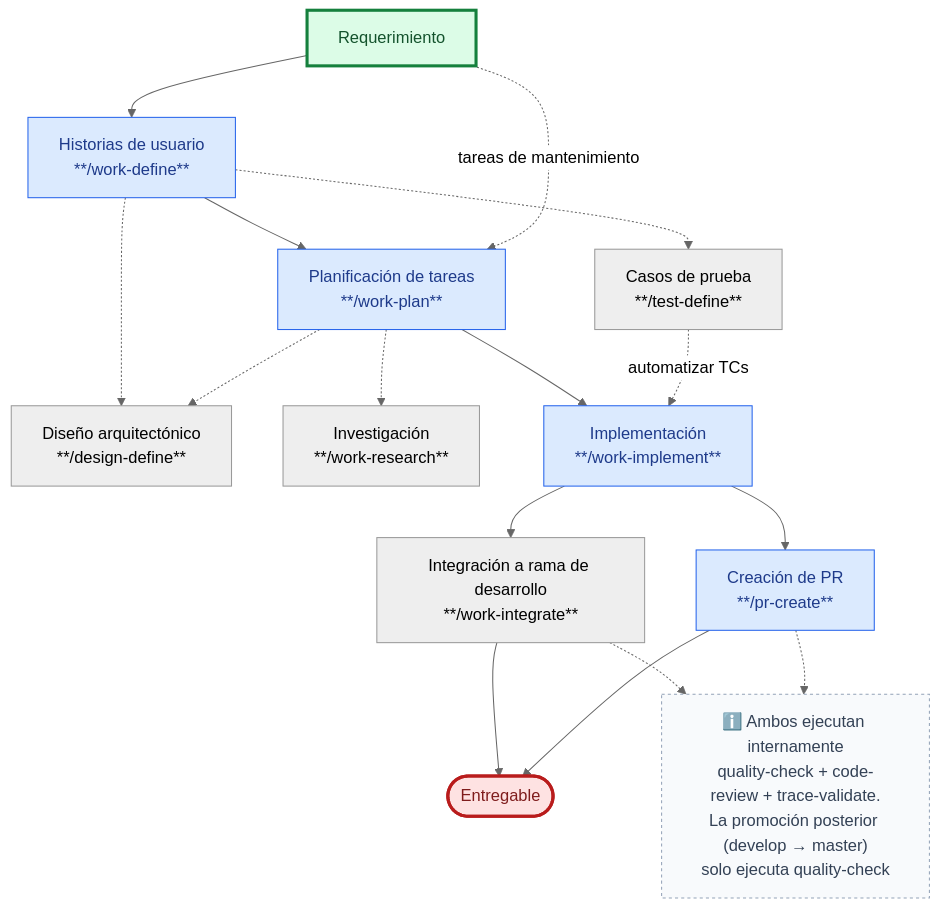
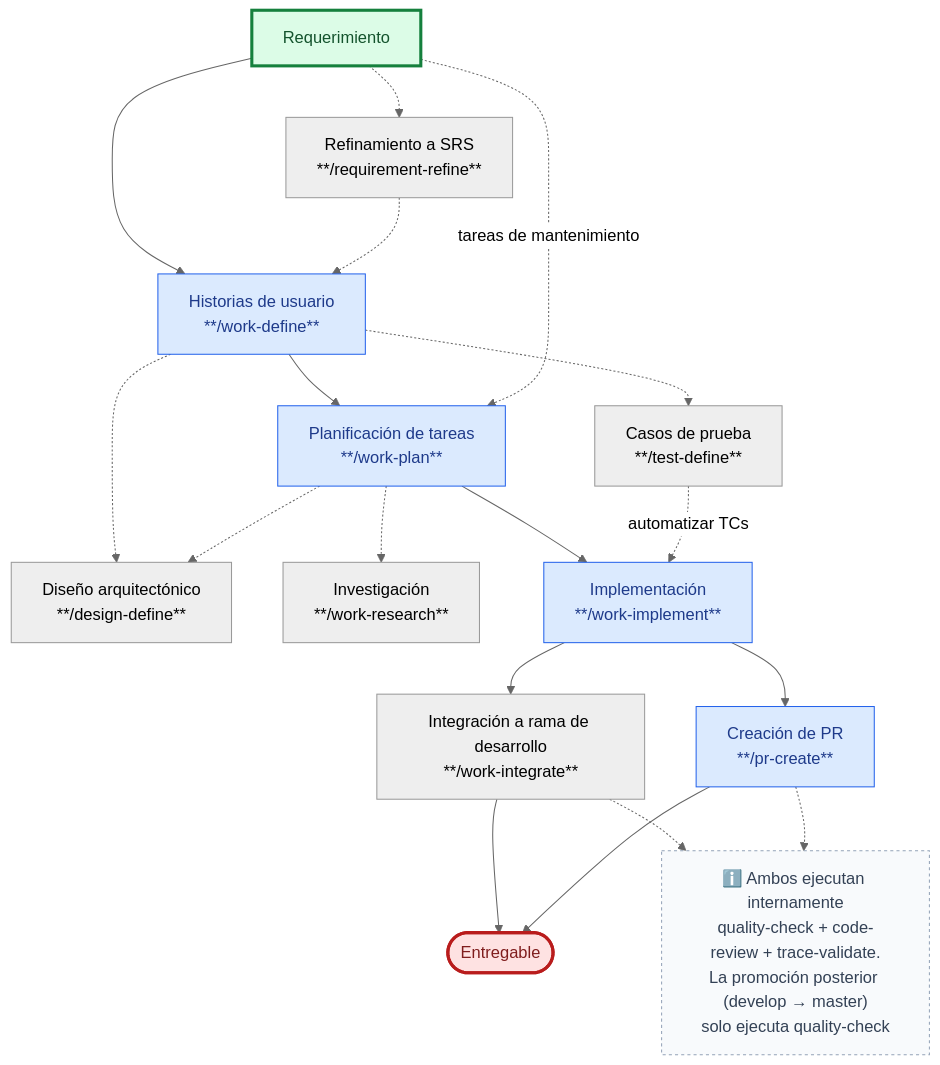
Before and after one commit to juanca202/ai: the second of 3 diagrams in README.md, drawn with Mermaid (neutral theme). The commit also changed other lines of this file and 10 other files, not shown here.

Commit message:
feat(requirement-refine): agregar skill de refinamiento de requerimientos a SRS

````diff
--- a/README.md
+++ b/README.md
@@ -195,28 +196,30 @@
 ```mermaid
 flowchart TD
     A[Requerimiento] --> B["Historias de usuario<br/>**/work-define**"]
+    A -.-> Z["Refinamiento a SRS<br/>**/requirement-refine**"]
+    Z -.-> B
     B -.-> C["Casos de prueba<br/>**/test-define**"]
     B -.-> D["Diseño arquitectónico<br/>**/design-define**"]
     B --> E["Planificación de tareas<br/>**/work-plan**"]
     A -.->|tareas de mantenimiento| E
     E -.-> F["Investigación<br/>**/work-research**"]
     E -.-> D
     E --> G["Implementación<br/>**/work-implement**"]
     C -.->|automatizar TCs| G
     G --> H["Integración a rama de desarrollo<br/>**/work-integrate**"]
     G --> I["Creación de PR<br/>**/pr-create**"]
     H --> J(["Entregable"])
     I --> J
     NOTE["ℹ️ Ambos ejecutan internamente<br/>quality-check + code-review + trace-validate.<br/>La promoción posterior (develop → master)<br/>solo ejecuta quality-check"]
     H -.-> NOTE
     I -.-> NOTE
 
     classDef main fill:#dbeafe,stroke:#2563eb,color:#1e3a8a
     classDef entryPoint fill:#dcfce7,stroke:#15803d,stroke-width:3px,color:#14532d
     classDef exitPoint fill:#fee2e2,stroke:#b91c1c,stroke-width:3px,color:#7f1d1d
     classDef note fill:#f8fafc,stroke:#94a3b8,stroke-width:1px,stroke-dasharray:3 3,color:#334155
     class B,E,G,I main
     class A entryPoint
     class J exitPoint
     class NOTE note
 ```
````
